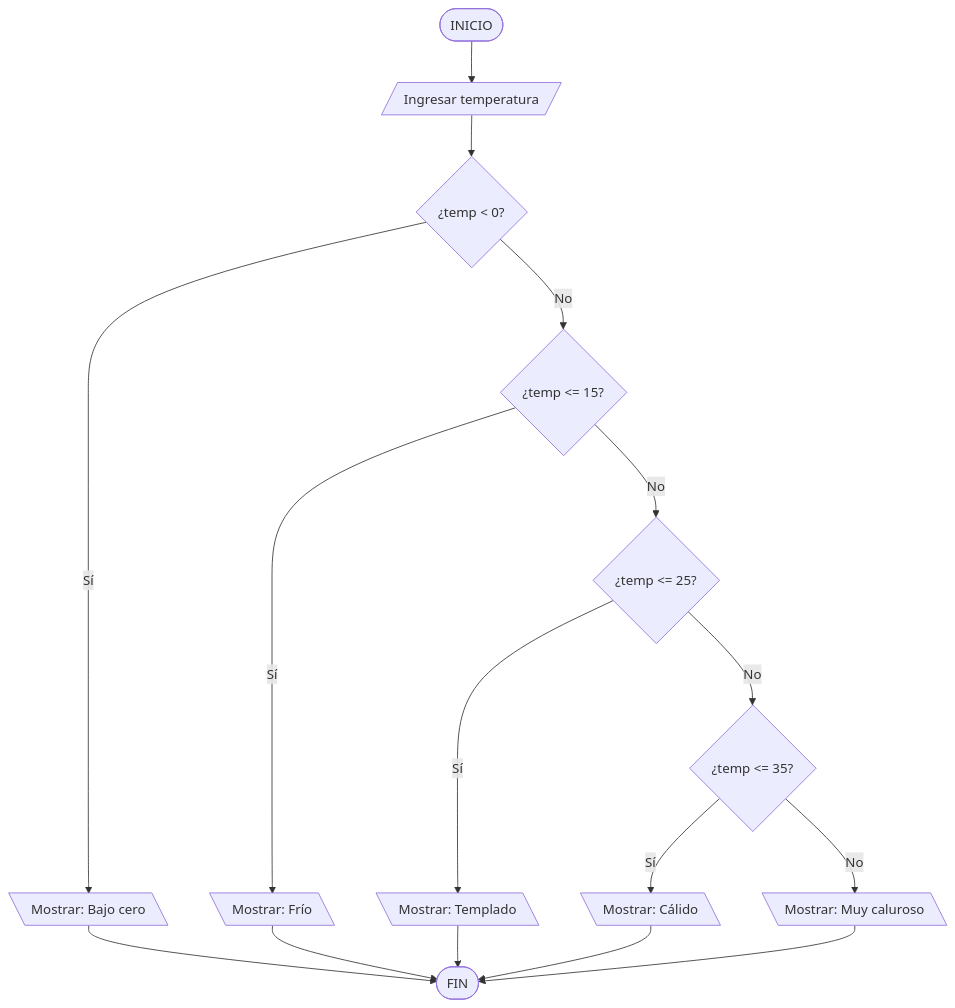
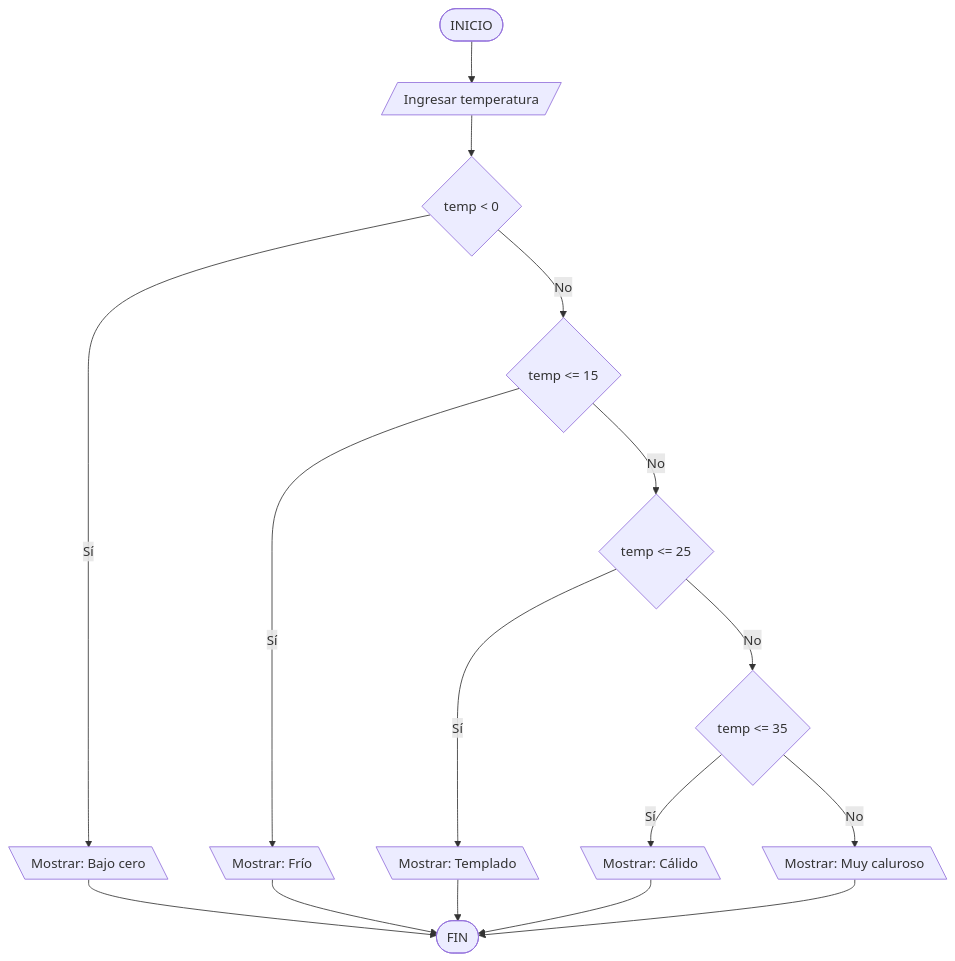
The third of 4 diagrams in docs/core/controlflow/conditionals.md (BenjaminSerrano/principios-programacion), drawn with Mermaid before and after one commit. The commit also changed other lines of this file and 4 other files, not shown here.

First line of the commit message:
Reorganizar contenido y unificar convenciones en diagramas de flujo

````diff
--- a/docs/core/controlflow/conditionals.md
+++ b/docs/core/controlflow/conditionals.md
@@ -895,18 +895,18 @@
     ``` mermaid
     flowchart TD
         A([INICIO]) --> B[/Ingresar temperatura/]
-        B --> C{"¿temp < 0?"}
+        B --> C{"temp < 0"}
         C -->|Sí| D[\"Mostrar: Bajo cero"\]
-        C -->|No| E{"¿temp <= 15?"}
+        C -->|No| E{"temp <= 15"}
         E -->|Sí| F[\"Mostrar: Frío"\]
-        E -->|No| G{"¿temp <= 25?"}
+        E -->|No| G{"temp <= 25"}
         G -->|Sí| H[\"Mostrar: Templado"\]
-        G -->|No| I{"¿temp <= 35?"}
+        G -->|No| I{"temp <= 35"}
         I -->|Sí| J[\"Mostrar: Cálido"\]
         I -->|No| K[\"Mostrar: Muy caluroso"\]
         D --> L([FIN])
         F --> L
         H --> L
         J --> L
         K --> L
     ```
````
